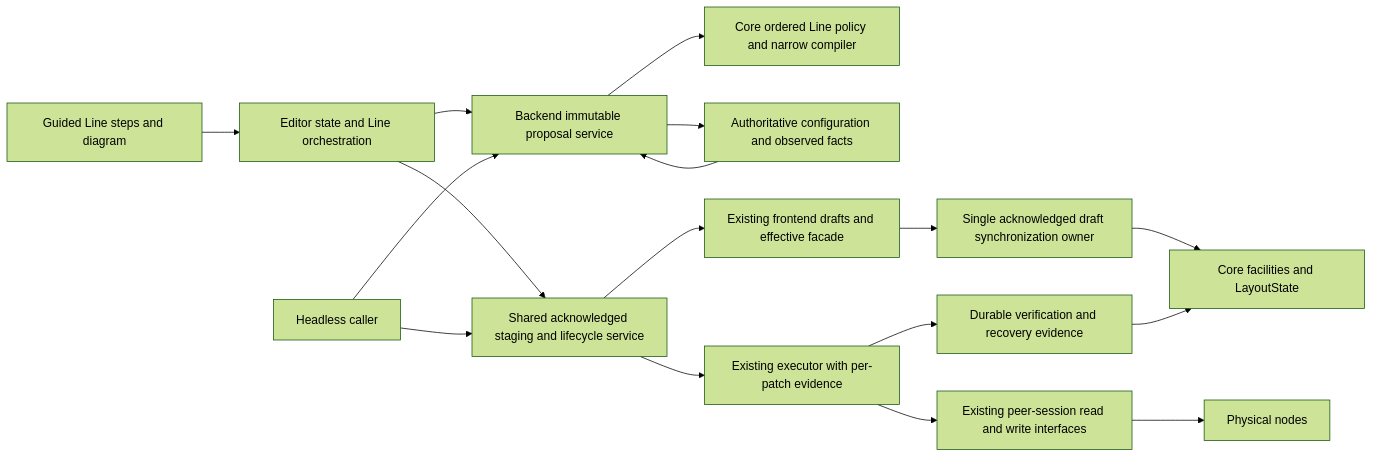
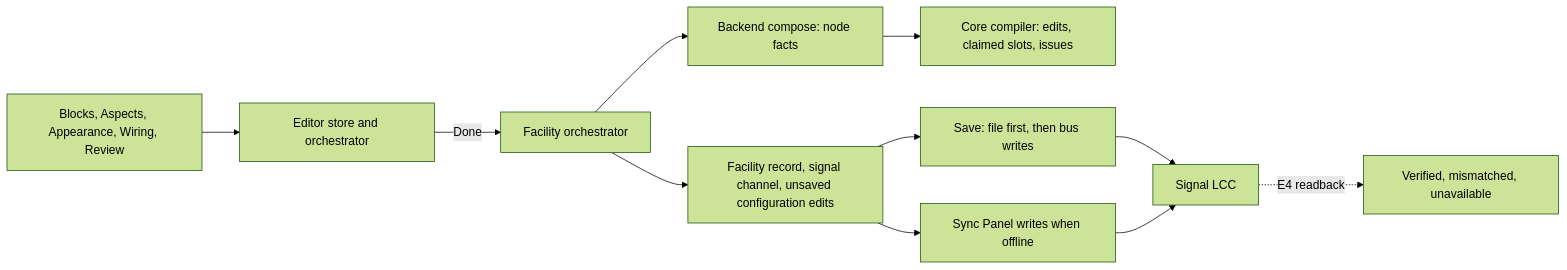
Before and after one commit to JohnSL/Bowties: the second of 2 diagrams in specs/020-block-signals-first-slice/slices.md, drawn with Mermaid (forest theme). The commit also changed other lines of this file and 228 other files, not shown here.

First line of the commit message:
Add Automatic Block Signals: configure, save and write to boards

````diff
--- a/specs/020-block-signals-first-slice/slices.md
+++ b/specs/020-block-signals-first-slice/slices.md
@@ -37,19 +59,13 @@
 ```mermaid
 flowchart LR
-    UI[Guided Line steps and diagram] --> Editor[Editor state and Line orchestration]
-    Editor --> Proposal[Backend immutable proposal service]
-    Headless[Headless caller] --> Proposal
-    Proposal --> Core[Core ordered Line policy and narrow compiler]
-    Proposal --> Facts[Authoritative configuration and observed facts]
-    Editor --> Lifecycle[Shared acknowledged staging and lifecycle service]
-    Headless --> Lifecycle
-    Lifecycle --> Drafts[Existing frontend drafts and effective facade]
-    Drafts --> Sync[Single acknowledged draft synchronization owner]
-    Sync --> Layout[Core facilities and LayoutState]
-    Lifecycle --> Executor[Existing executor with per-patch evidence]
-    Executor --> Peer[Existing peer-session read and write interfaces]
-    Peer --> Nodes[Physical nodes]
-    Executor --> Recovery[Durable verification and recovery evidence]
-    Recovery --> Layout
-    Facts --> Proposal
+    Steps[Blocks, Aspects, Appearance, Wiring, Review] --> Editor[Editor store and orchestrator]
+    Editor -->|Done| FOrch[Facility orchestrator]
+    FOrch --> Compose[Backend compose: node facts]
+    Compose --> Compiler[Core compiler: edits, claimed slots, issues]
+    FOrch --> Drafts[Facility record, signal channel, unsaved configuration edits]
+    Drafts --> Save[Save: file first, then bus writes]
+    Drafts --> Sync[Sync Panel writes when offline]
+    Save --> Nodes[Signal LCC]
+    Sync --> Nodes
+    Nodes -.->|E4 readback| Status[Verified, mismatched, unavailable]
 ```
````
